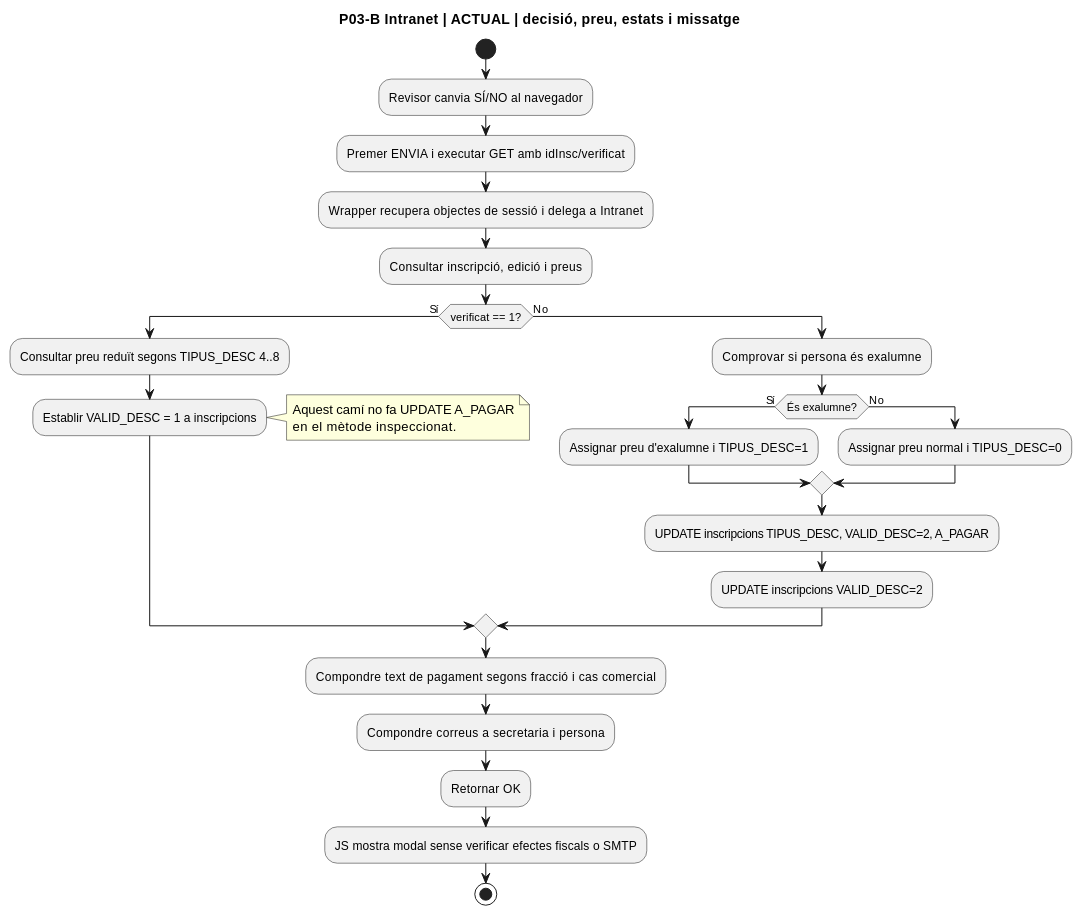
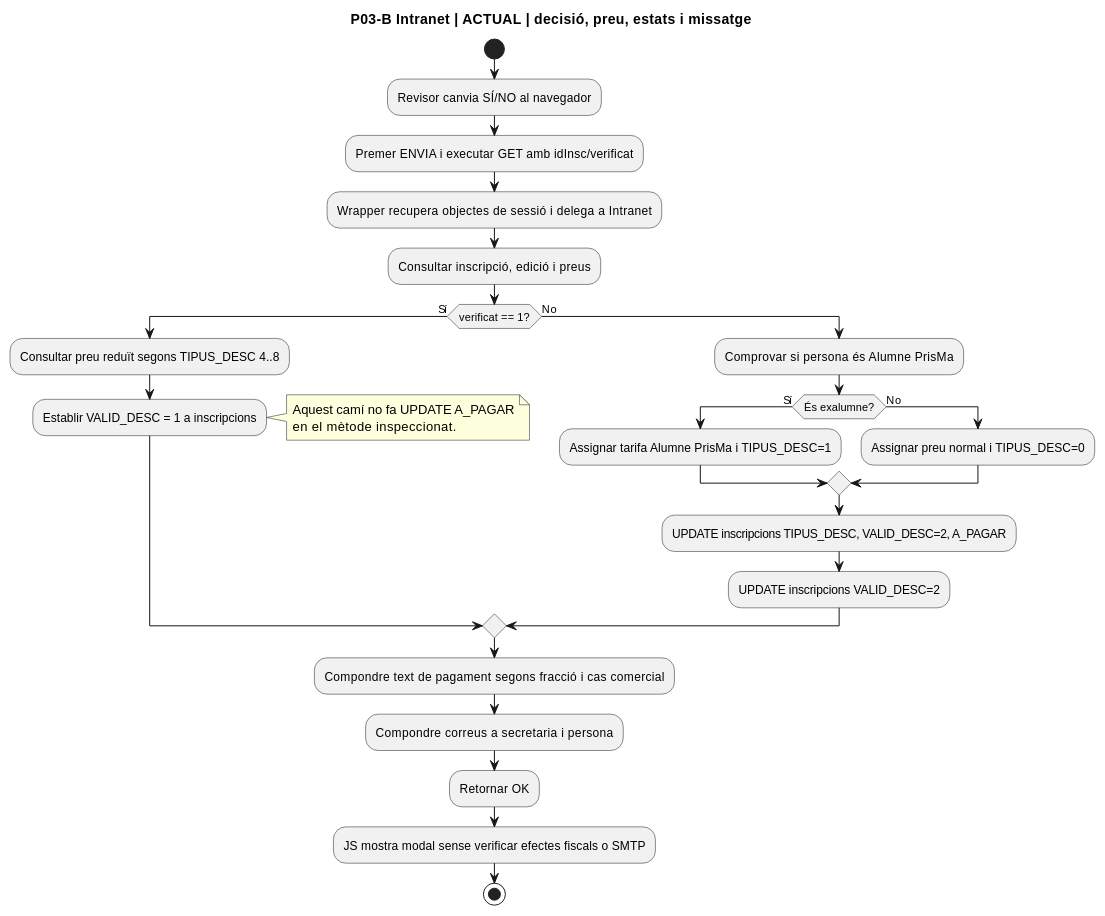
The ninth of 10 diagrams in documentacio/07-uml-integrat/uc-116-activitats-pagines-justificants-actual-final.md (orgmeriemprismacat-del/verifactu), drawn with PlantUML before and after one commit. The commit also changed other lines of this file, not shown here.

````diff
--- a/documentacio/07-uml-integrat/uc-116-activitats-pagines-justificants-actual-final.md
+++ b/documentacio/07-uml-integrat/uc-116-activitats-pagines-justificants-actual-final.md
@@ -259,32 +259,32 @@
 ```plantuml
 @startuml
 title P03-B Intranet | ACTUAL | decisió, preu, estats i missatge
 start
 :Revisor canvia SÍ/NO al navegador;
 :Premer ENVIA i executar GET amb idInsc/verificat;
 :Wrapper recupera objectes de sessió i delega a Intranet;
 :Consultar inscripció, edició i preus;
 if (verificat == 1?) then (Sí)
  :Consultar preu reduït segons TIPUS_DESC 4..8;
  :Establir VALID_DESC = 1 a inscripcions;
  note right
   Aquest camí no fa UPDATE A_PAGAR
   en el mètode inspeccionat.
  end note
 else (No)
- :Comprovar si persona és exalumne;
+ :Comprovar si persona és Alumne PrisMa;
  if (És exalumne?) then (Sí)
-  :Assignar preu d'exalumne i TIPUS_DESC=1;
+  :Assignar tarifa Alumne PrisMa i TIPUS_DESC=1;
  else (No)
   :Assignar preu normal i TIPUS_DESC=0;
  endif
  :UPDATE inscripcions TIPUS_DESC, VALID_DESC=2, A_PAGAR;
  :UPDATE inscripcions VALID_DESC=2;
 endif
 :Compondre text de pagament segons fracció i cas comercial;
 :Compondre correus a secretaria i persona;
 :Retornar OK;
 :JS mostra modal sense verificar efectes fiscals o SMTP;
 stop
 @enduml
 ```
````
